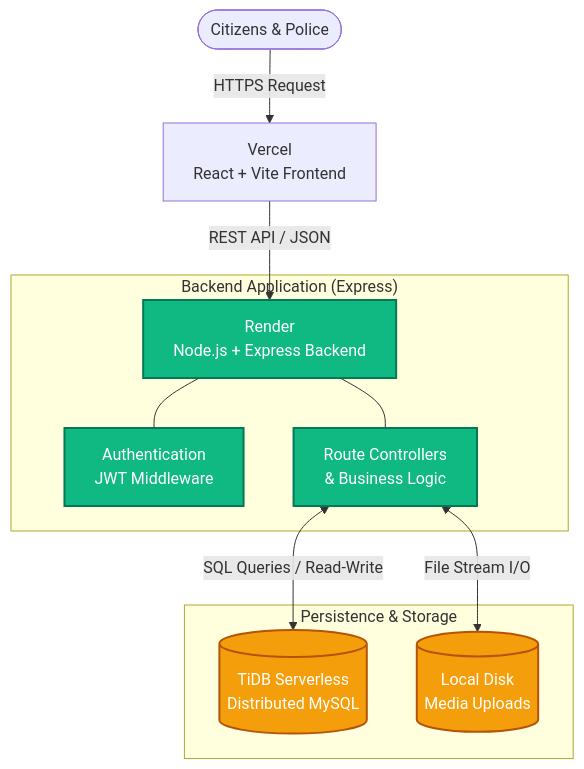
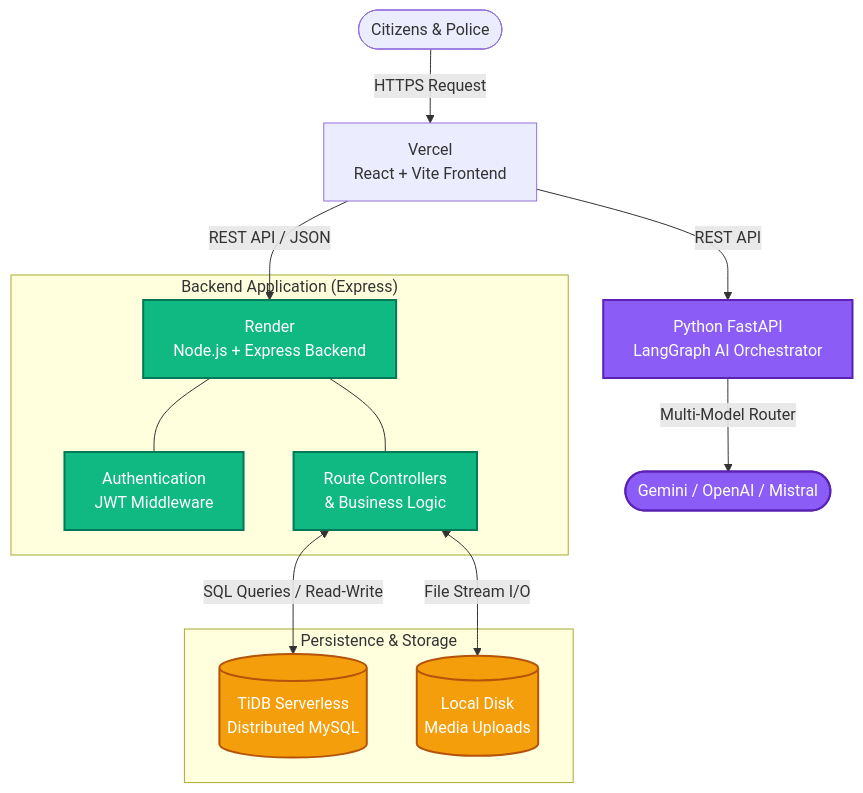
The diagram in README.md (yuvanvishnupandi/margarakshak), drawn with Mermaid before and after one commit. The commit also changed other lines of this file and 16706 other files, not shown here.

Commit message:
feat: Implement Advanced AI Architecture (Hotspots, Voice Agent, Multi-Model Router)

````diff
--- a/README.md
+++ b/README.md
@@ -28,30 +29,35 @@
 ```mermaid
 graph TD
     %% Styling Definitions
     classDef client fill:#3b82f6,stroke:#1d4ed8,stroke-width:2px,color:#fff;
     classDef server fill:#10b981,stroke:#047857,stroke-width:2px,color:#fff;
+    classDef ai fill:#8b5cf6,stroke:#5b21b6,stroke-width:2px,color:#fff;
     classDef database fill:#f59e0b,stroke:#b45309,stroke-width:2px,color:#fff;
 
     %% Client Layer
     Users([Citizens & Police]) -->|HTTPS Request| ReactApp[Vercel\nReact + Vite Frontend]
     
     %% API Layer
     ReactApp -->|REST API / JSON| ExpressAPI[Render\nNode.js + Express Backend]
     
     subgraph "Backend Application (Express)"
         ExpressAPI:::server
         JWT[Authentication\nJWT Middleware]:::server
         Controllers[Route Controllers\n& Business Logic]:::server
         ExpressAPI --- JWT
         ExpressAPI --- Controllers
     end
     
+    %% AI Python Microservice Layer
+    ReactApp -->|REST API| PythonAI[Python FastAPI\nLangGraph AI Orchestrator]:::ai
+    PythonAI -->|Multi-Model Router| LLMs([Gemini / OpenAI / Mistral]):::ai
+    
     subgraph "Persistence & Storage"
         TiDB[(TiDB Serverless\nDistributed MySQL)]:::database
         DiskStorage[(Local Disk\nMedia Uploads)]:::database
     end
 
     %% Flow Connections
     Controllers <-->|SQL Queries / Read-Write| TiDB
     Controllers <-->|File Stream I/O| DiskStorage
 ```
````
